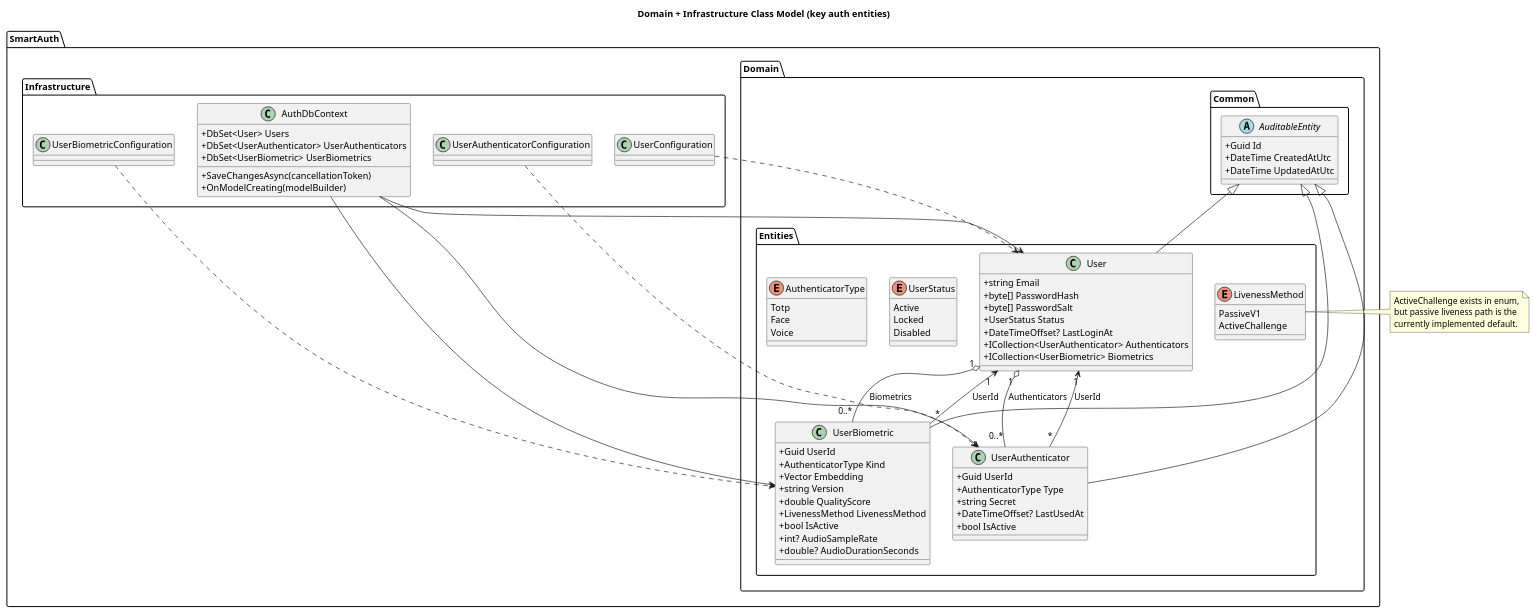
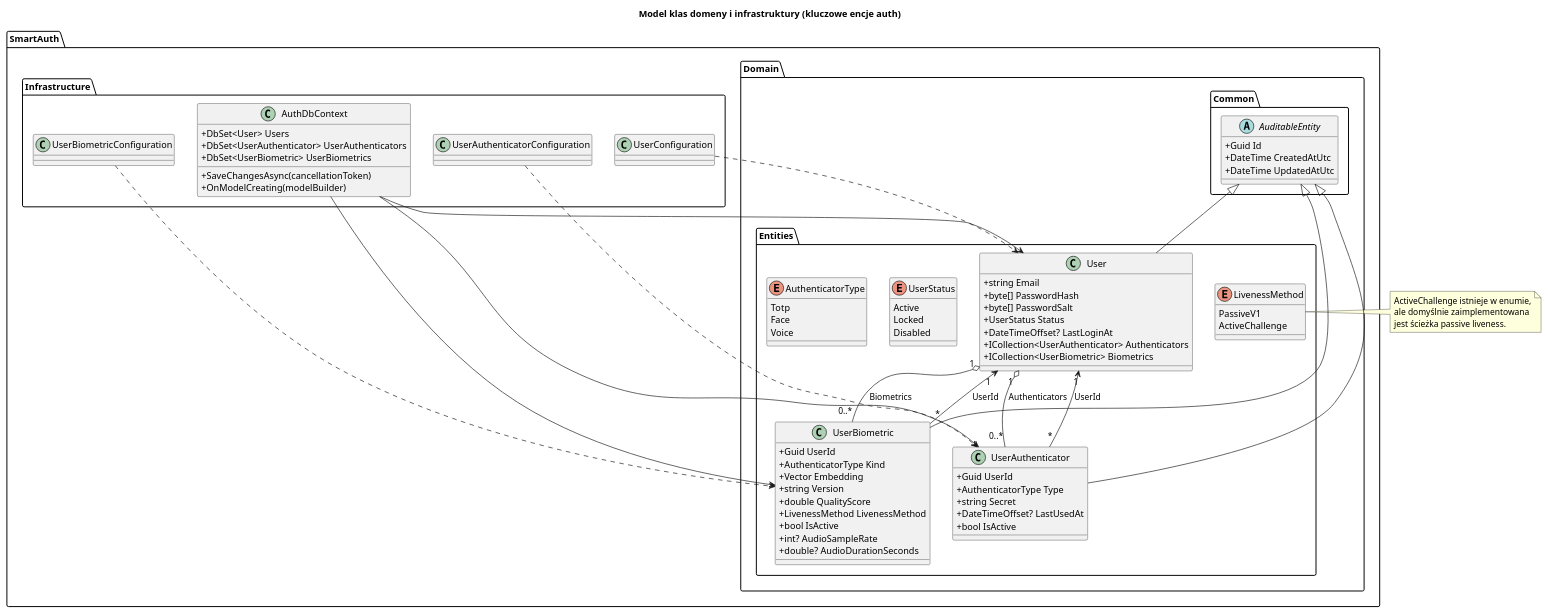
One commit to nozbieg/SmartAuth changed the diagram in docs/diagrams/plantuml/03-class-domain.puml. Above: the diagram before and after it, drawn with PlantUML. The commit also changed 11 other files, not shown here.

Commit message:
Translate diagrams documentation to Polish

```diff
--- a/docs/diagrams/plantuml/03-class-domain.puml
+++ b/docs/diagrams/plantuml/03-class-domain.puml
@@ -1,99 +1,99 @@
 @startuml
 skinparam shadowing false
 skinparam classAttributeIconSize 0
-title Domain + Infrastructure Class Model (key auth entities)
+title Model klas domeny i infrastruktury (kluczowe encje auth)
 
 package "SmartAuth.Domain.Common" {
   abstract class AuditableEntity {
     +Guid Id
     +DateTime CreatedAtUtc
     +DateTime UpdatedAtUtc
   }
 }
 
 package "SmartAuth.Domain.Entities" {
   class User {
     +string Email
     +byte[] PasswordHash
     +byte[] PasswordSalt
     +UserStatus Status
     +DateTimeOffset? LastLoginAt
     +ICollection<UserAuthenticator> Authenticators
     +ICollection<UserBiometric> Biometrics
   }
 
   class UserAuthenticator {
     +Guid UserId
     +AuthenticatorType Type
     +string Secret
     +DateTimeOffset? LastUsedAt
     +bool IsActive
   }
 
   class UserBiometric {
     +Guid UserId
     +AuthenticatorType Kind
     +Vector Embedding
     +string Version
     +double QualityScore
     +LivenessMethod LivenessMethod
     +bool IsActive
     +int? AudioSampleRate
     +double? AudioDurationSeconds
   }
 
   enum UserStatus {
     Active
     Locked
     Disabled
   }
 
   enum AuthenticatorType {
     Totp
     Face
     Voice
   }
 
   enum LivenessMethod {
     PassiveV1
     ActiveChallenge
   }
 }
 
 package "SmartAuth.Infrastructure" {
   class AuthDbContext {
     +DbSet<User> Users
     +DbSet<UserAuthenticator> UserAuthenticators
     +DbSet<UserBiometric> UserBiometrics
     +SaveChangesAsync(cancellationToken)
     +OnModelCreating(modelBuilder)
   }
 
   class UserConfiguration
   class UserAuthenticatorConfiguration
   class UserBiometricConfiguration
 }
 
 AuditableEntity <|-- User
 AuditableEntity <|-- UserAuthenticator
 AuditableEntity <|-- UserBiometric
 
 User "1" o-- "0..*" UserAuthenticator : Authenticators
 User "1" o-- "0..*" UserBiometric : Biometrics
 UserAuthenticator "*" --> "1" User : UserId
 UserBiometric "*" --> "1" User : UserId
 
 AuthDbContext --> User
 AuthDbContext --> UserAuthenticator
 AuthDbContext --> UserBiometric
 
 UserConfiguration ..> User
 UserAuthenticatorConfiguration ..> UserAuthenticator
 UserBiometricConfiguration ..> UserBiometric
 
 note right of LivenessMethod
-ActiveChallenge exists in enum,
-but passive liveness path is the
-currently implemented default.
+ActiveChallenge istnieje w enumie,
+ale domyślnie zaimplementowana
+jest ścieżka passive liveness.
 end note
 @enduml
```
